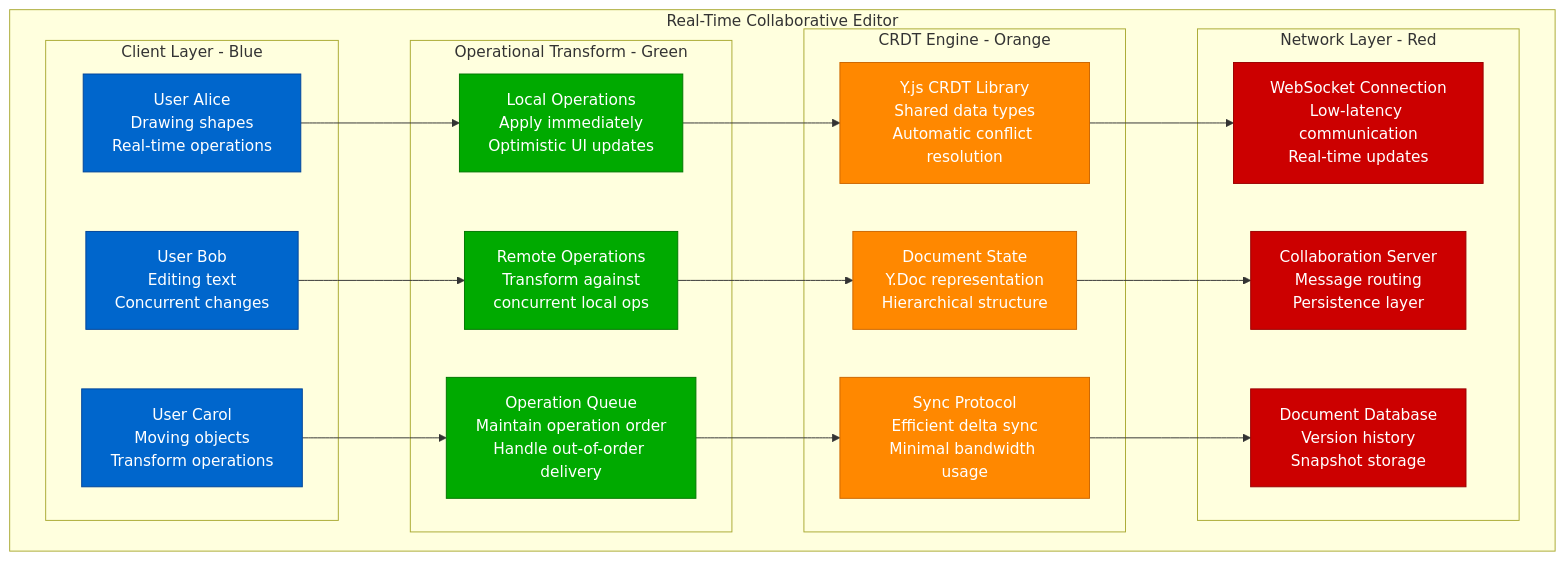
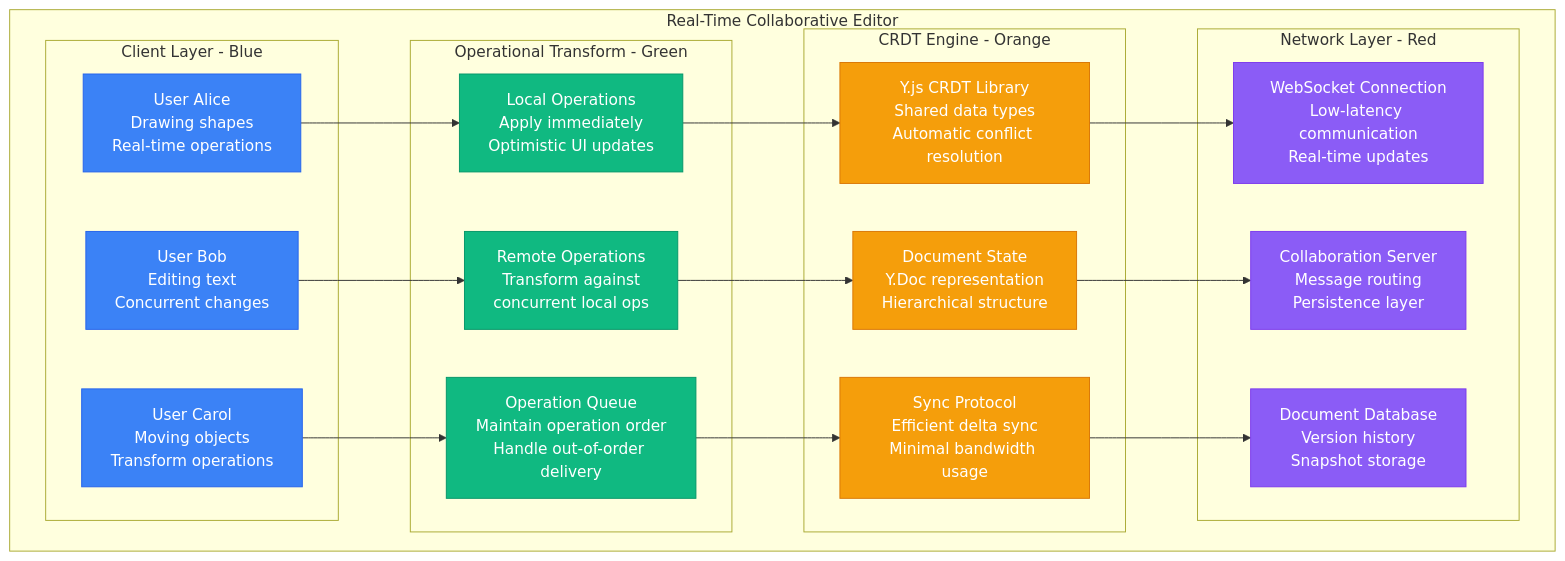
One commit to deepaucksharma/DS changed the seventh of 10 diagrams in site/docs/guarantees/eventual-consistency/eventual-consistency-implementation.md. Above: the diagram before and after it, drawn with Mermaid. The commit also changed other lines of this file and 303 other files, not shown here.

````diff
--- a/site/docs/guarantees/eventual-consistency/eventual-consistency-implementation.md
+++ b/site/docs/guarantees/eventual-consistency/eventual-consistency-implementation.md
@@ -389,50 +389,50 @@
 ```mermaid
 graph TB
     subgraph CollaborativeEditor[Real-Time Collaborative Editor]
         subgraph ClientLayer[Client Layer - Blue]
             U1[User Alice<br/>Drawing shapes<br/>Real-time operations]
             U2[User Bob<br/>Editing text<br/>Concurrent changes]
             U3[User Carol<br/>Moving objects<br/>Transform operations]
         end
 
         subgraph OperationalTransform[Operational Transform - Green]
             OT1[Local Operations<br/>Apply immediately<br/>Optimistic UI updates]
             OT2[Remote Operations<br/>Transform against<br/>concurrent local ops]
             OT3[Operation Queue<br/>Maintain operation order<br/>Handle out-of-order delivery]
         end
 
         subgraph CRDTEngine[CRDT Engine - Orange]
             YJS[Y.js CRDT Library<br/>Shared data types<br/>Automatic conflict resolution]
             DOC[Document State<br/>Y.Doc representation<br/>Hierarchical structure]
             SYNC[Sync Protocol<br/>Efficient delta sync<br/>Minimal bandwidth usage]
         end
 
         subgraph NetworkLayer[Network Layer - Red]
             WS[WebSocket Connection<br/>Low-latency communication<br/>Real-time updates]
             SRV[Collaboration Server<br/>Message routing<br/>Persistence layer]
             DB[Document Database<br/>Version history<br/>Snapshot storage]
         end
     end
 
     U1 --> OT1
     U2 --> OT2
     U3 --> OT3
 
     OT1 --> YJS
     OT2 --> DOC
     OT3 --> SYNC
 
     YJS --> WS
     DOC --> SRV
     SYNC --> DB
 
-    classDef clientStyle fill:#0066CC,stroke:#004499,color:#fff
-    classDef otStyle fill:#00AA00,stroke:#007700,color:#fff
-    classDef crdtStyle fill:#FF8800,stroke:#CC6600,color:#fff
-    classDef networkStyle fill:#CC0000,stroke:#990000,color:#fff
+    classDef clientStyle fill:#3B82F6,stroke:#2563EB,color:#fff
+    classDef otStyle fill:#10B981,stroke:#059669,color:#fff
+    classDef crdtStyle fill:#F59E0B,stroke:#D97706,color:#fff
+    classDef networkStyle fill:#8B5CF6,stroke:#7C3AED,color:#fff
 
     class U1,U2,U3 clientStyle
     class OT1,OT2,OT3 otStyle
     class YJS,DOC,SYNC crdtStyle
     class WS,SRV,DB networkStyle
 ```
````
